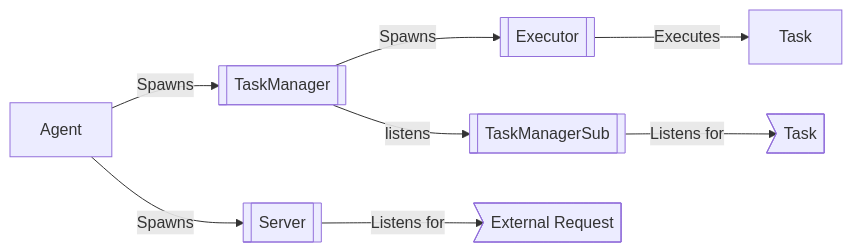
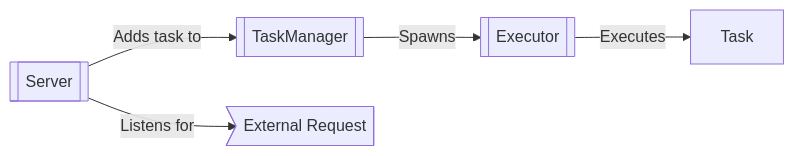
One commit to nicelgueta/cdktr changed the first of 2 diagrams in cdkr-book/src/principals_vs_agents.md. Above: the diagram before and after it, drawn with Mermaid. The commit also changed other lines of this file and 14 other files, not shown here.

````diff
--- a/cdkr-book/src/principals_vs_agents.md
+++ b/cdkr-book/src/principals_vs_agents.md
@@ -12,10 +12,7 @@
 ```mermaid
 graph LR
-    B[Agent] -->|Spawns| C[[TaskManager]]
-    C -->|Spawns| D[[Executor]]
+    C[[TaskManager]] -->|Spawns| D[[Executor]]
     D -->|Executes| I[Task]
-    C -->|listens| E[[TaskManagerSub]]
-    E -->|Listens for| F>Task]
-    B -->|Spawns| G[[Server]]
+    G[[Server]] -->|Adds task to| C
     G -->|Listens for| H>External Request]
 ```
````
